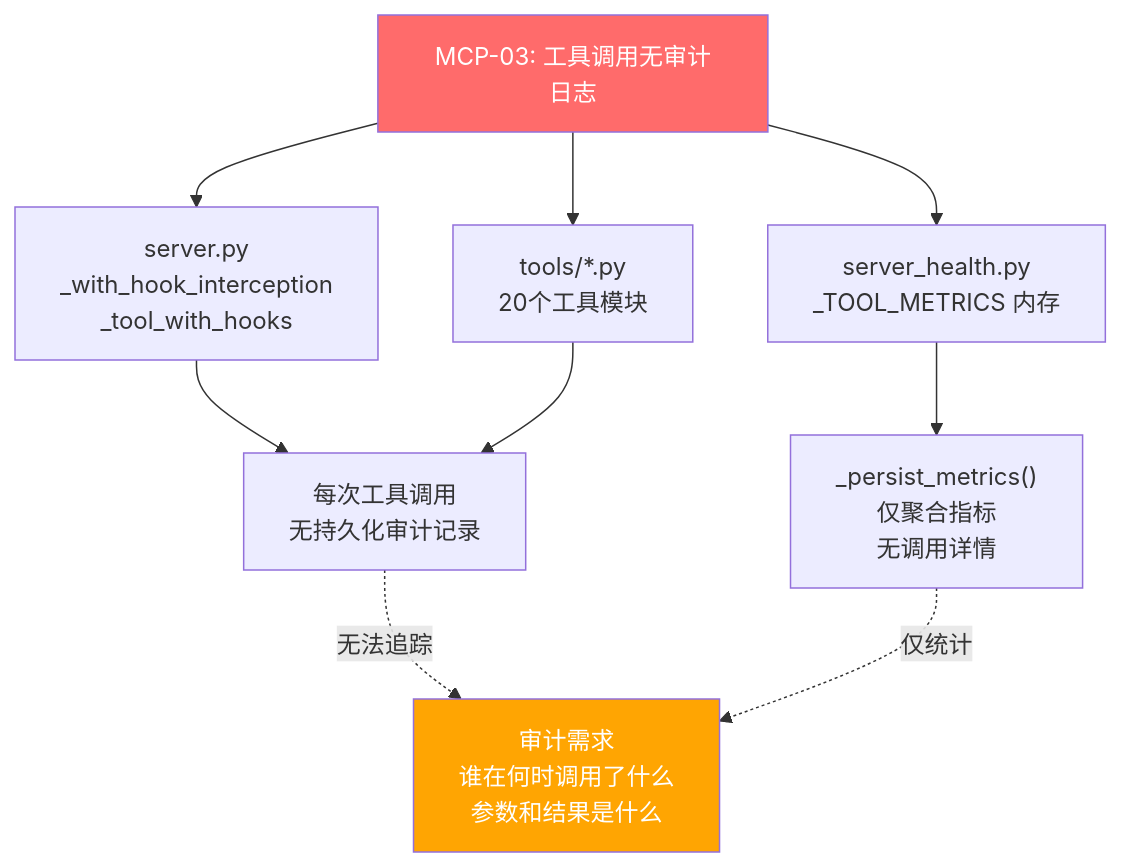
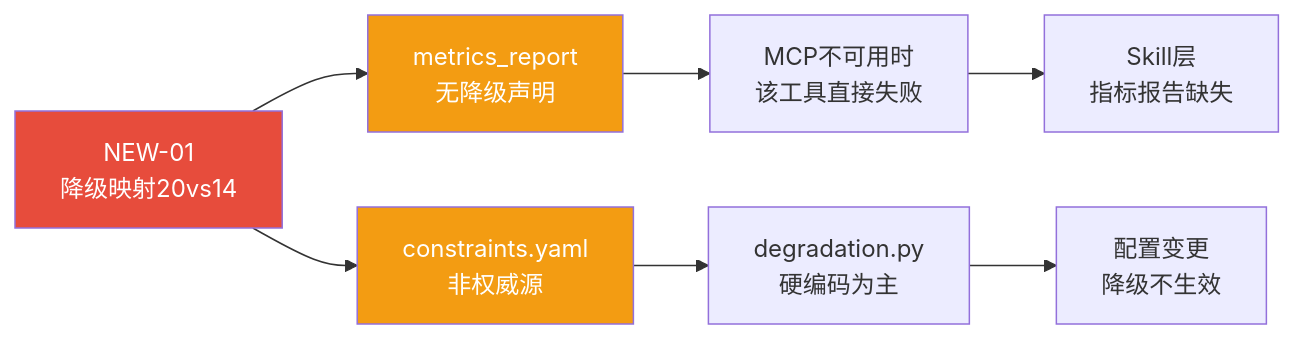
Before and after one commit to xuanyuanchumo/xuansto: the third of 11 diagrams in docs/plan/REFACTOR_PLAN.md, drawn with Mermaid. The commit also changed other lines of this file and 68 other files, not shown here.

````diff
--- a/docs/plan/REFACTOR_PLAN.md
+++ b/docs/plan/REFACTOR_PLAN.md
@@ -197,18 +191,14 @@
 ```mermaid
-graph TD
-    MCP03["MCP-03: 工具调用无审计日志"]
+graph LR
+    A["NEW-01<br/>降级映射20vs14"] --> B["metrics_report<br/>无降级声明"]
+    B --> C["MCP不可用时<br/>该工具直接失败"]
+    C --> D["Skill层<br/>指标报告缺失"]
 
-    MCP03 --> SERVER["server.py<br/>_with_hook_interception<br/>_tool_with_hooks"]
-    MCP03 --> TOOLS["tools/*.py<br/>20个工具模块"]
-    MCP03 --> METRICS["server_health.py<br/>_TOOL_METRICS 内存"]
+    A --> E["constraints.yaml<br/>非权威源"]
+    E --> F["degradation.py<br/>硬编码为主"]
+    F --> G["配置变更<br/>降级不生效"]
 
-    SERVER --> CALL["每次工具调用<br/>无持久化审计记录"]
-    TOOLS --> CALL
-    METRICS --> PERSIST["_persist_metrics()<br/>仅聚合指标<br/>无调用详情"]
-
-    CALL -.->|"无法追踪"| AUDIT["审计需求<br/>谁在何时调用了什么<br/>参数和结果是什么"]
-    PERSIST -.->|"仅统计"| AUDIT
-
-    style MCP03 fill:#ff6b6b,color:#fff
-    style AUDIT fill:#ffa502,color:#fff
+    style A fill:#e74c3c,color:#fff
+    style B fill:#f39c12,color:#fff
+    style E fill:#f39c12,color:#fff
 ```
````
